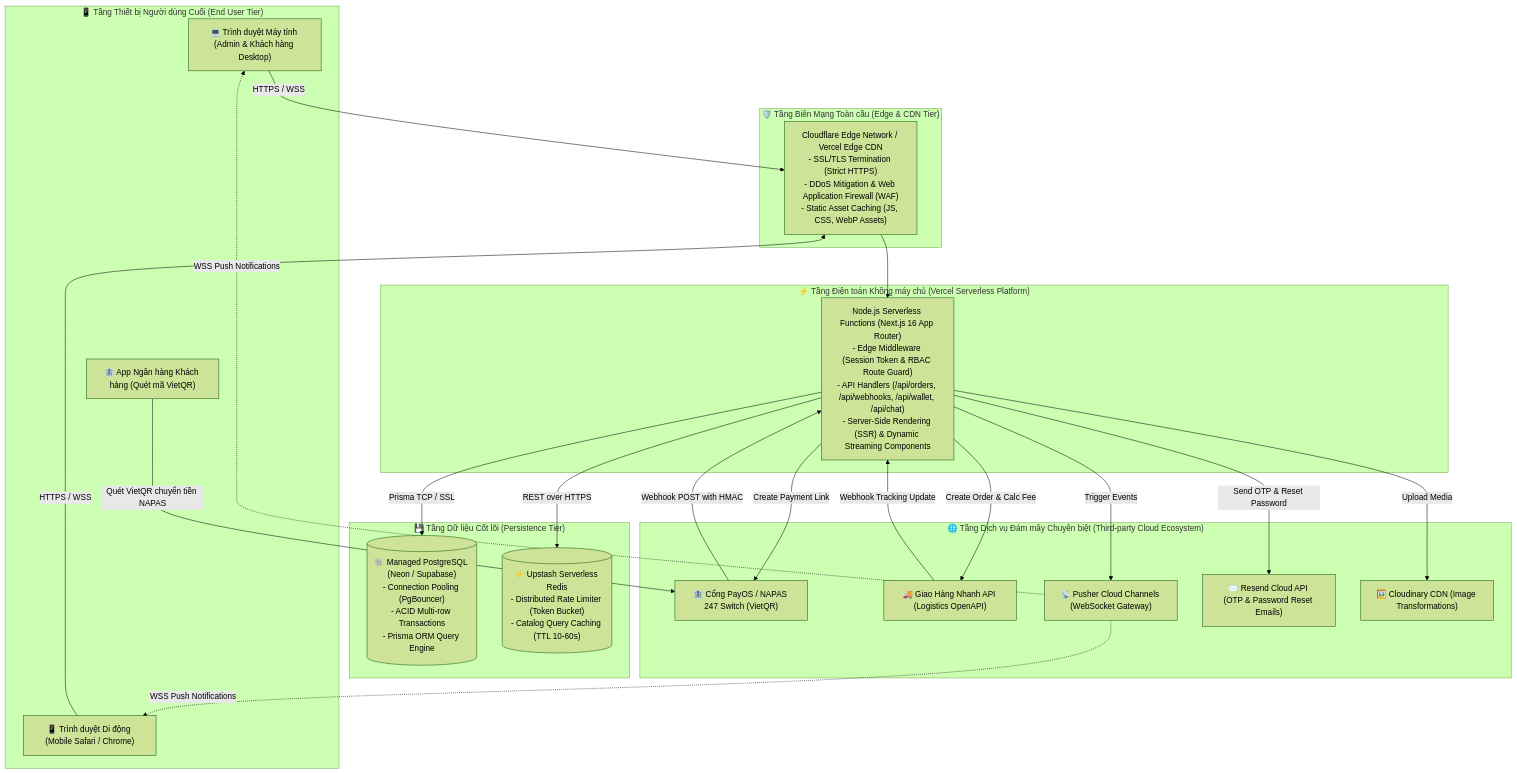
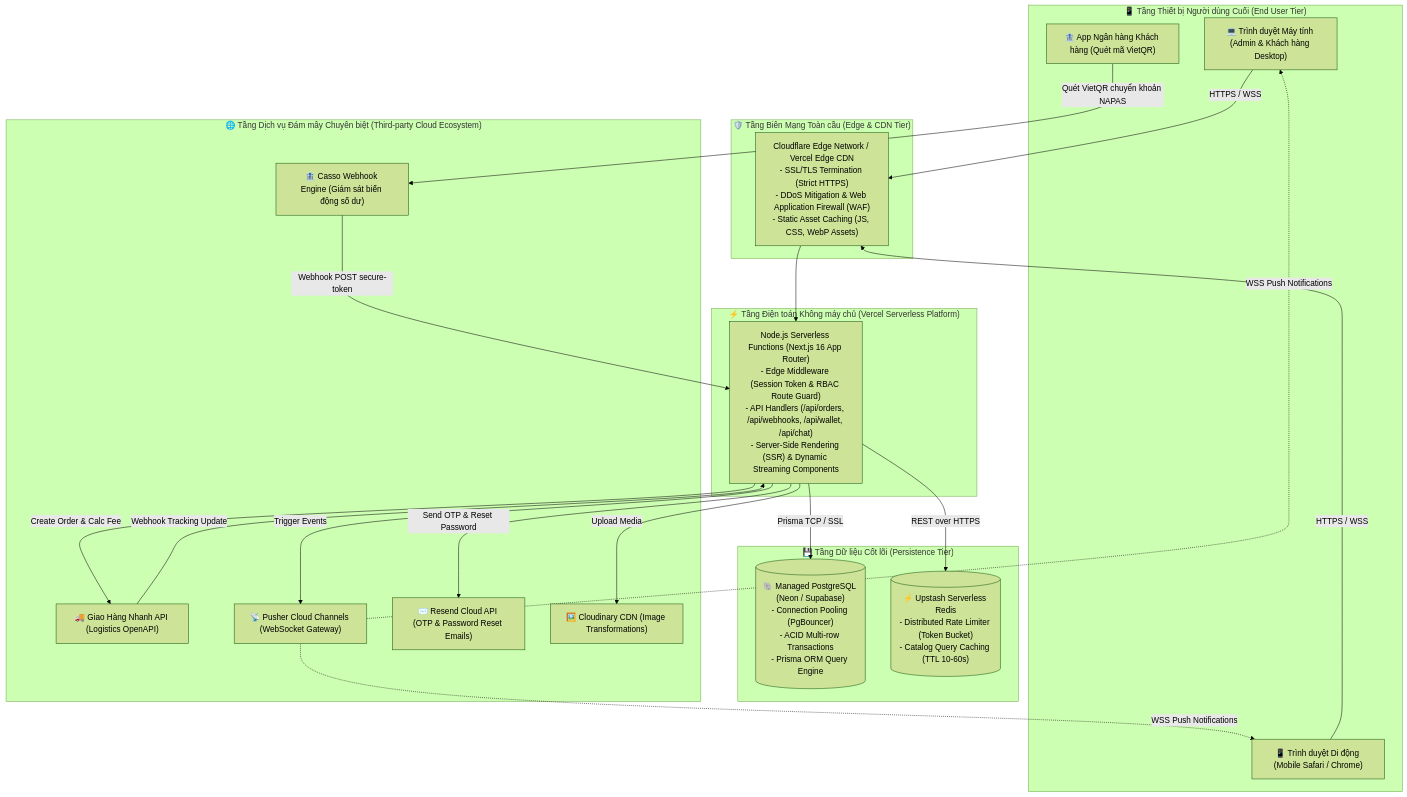
Before and after one commit to nhonhoa2007/shop-qr-payment: diagram 12 of 21 in docs/uml/README.md, drawn with Mermaid (forest theme). The commit also changed other lines of this file and 41 other files, not shown here.

````diff
--- a/docs/uml/README.md
+++ b/docs/uml/README.md
@@ -875,66 +883,65 @@
 ```mermaid
 flowchart TB
     %% Client Devices
     subgraph ClientTier ["📱 Tầng Thiết bị Người dùng Cuối (End User Tier)"]
         DesktopBrowser["💻 Trình duyệt Máy tính (Admin & Khách hàng Desktop)"]
         MobileBrowser["📱 Trình duyệt Di động (Mobile Safari / Chrome)"]
         BankAppDevice["🏦 App Ngân hàng Khách hàng (Quét mã VietQR)"]
     end
 
     %% Edge & Network
     subgraph EdgeTier ["🛡️ Tầng Biên Mạng Toàn cầu (Edge & CDN Tier)"]
         CloudflareEdge["Cloudflare Edge Network / Vercel Edge CDN
 - SSL/TLS Termination (Strict HTTPS)
 - DDoS Mitigation & Web Application Firewall (WAF)
 - Static Asset Caching (JS, CSS, WebP Assets)"]
     end
 
     %% Compute Tier
     subgraph ComputeTier ["⚡ Tầng Điện toán Không máy chủ (Vercel Serverless Platform)"]
         NodeRuntime["Node.js Serverless Functions (Next.js 16 App Router)
 - Edge Middleware (Session Token & RBAC Route Guard)
 - API Handlers (/api/orders, /api/webhooks, /api/wallet, /api/chat)
 - Server-Side Rendering (SSR) & Dynamic Streaming Components"]
     end
 
     %% Persistence Tier
     subgraph PersistenceTier ["💾 Tầng Dữ liệu Cốt lõi (Persistence Tier)"]
         PostgresInstance[("🐘 Managed PostgreSQL (Neon / Supabase)
 - Connection Pooling (PgBouncer)
 - ACID Multi-row Transactions
 - Prisma ORM Query Engine")]
         RedisInstance[("⚡ Upstash Serverless Redis
 - Distributed Rate Limiter (Token Bucket)
 - Catalog Query Caching (TTL 10-60s)")]
     end
 
     %% External SaaS Ecosystem
     subgraph ExternalSaaSTier ["🌐 Tầng Dịch vụ Đám mây Chuyên biệt (Third-party Cloud Ecosystem)"]
-        PayOSServer["🏦 Cổng PayOS / NAPAS 247 Switch (VietQR)"]
+        CassoServer["🏦 Casso Webhook Engine (Giám sát biến động số dư)"]
         GHNServer["🚚 Giao Hàng Nhanh API (Logistics OpenAPI)"]
         PusherServer["📡 Pusher Cloud Channels (WebSocket Gateway)"]
         ResendServer["✉️ Resend Cloud API (OTP & Password Reset Emails)"]
         CloudinaryServer["🖼️ Cloudinary CDN (Image Transformations)"]
     end
 
     %% Connections
     DesktopBrowser -->|HTTPS / WSS| CloudflareEdge
     MobileBrowser -->|HTTPS / WSS| CloudflareEdge
-    BankAppDevice -->|Quét VietQR chuyển tiền NAPAS| PayOSServer
+    BankAppDevice -->|Quét VietQR chuyển khoản NAPAS| CassoServer
 
     CloudflareEdge --> NodeRuntime
     NodeRuntime -->|Prisma TCP / SSL| PostgresInstance
     NodeRuntime -->|REST over HTTPS| RedisInstance
     NodeRuntime -->|Trigger Events| PusherServer
     PusherServer -.->|WSS Push Notifications| DesktopBrowser
     PusherServer -.->|WSS Push Notifications| MobileBrowser
 
-    NodeRuntime -->|Create Payment Link| PayOSServer
-    PayOSServer -->|Webhook POST with HMAC| NodeRuntime
+    CassoServer -->|Webhook POST secure-token| NodeRuntime
 
     NodeRuntime -->|Create Order & Calc Fee| GHNServer
     GHNServer -->|Webhook Tracking Update| NodeRuntime
 
     NodeRuntime -->|Send OTP & Reset Password| ResendServer
     NodeRuntime -->|Upload Media| CloudinaryServer
 ```
````
